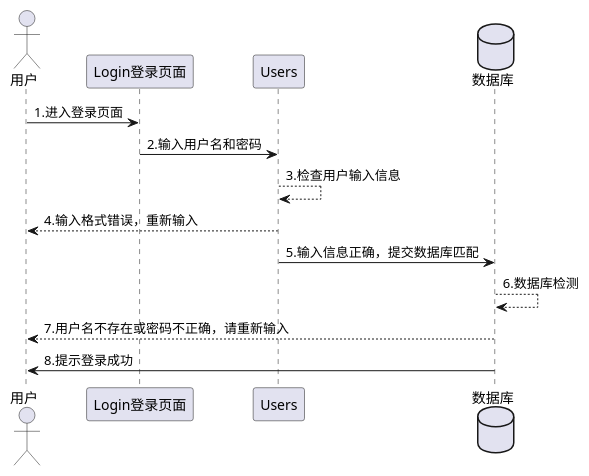
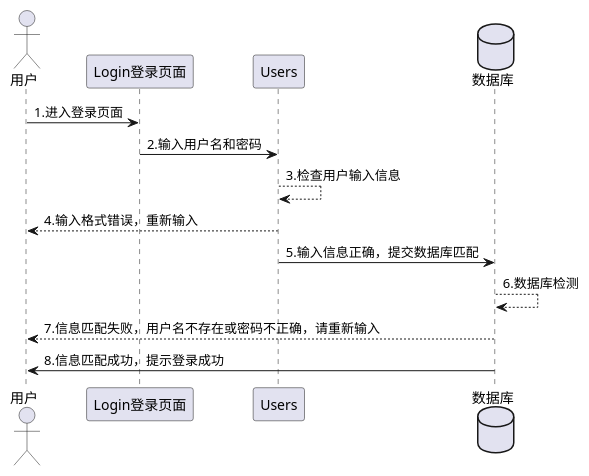
Before and after one commit to zqiheng/is_analysis: the diagram in test6/时序图/登录时序图.puml, drawn with PlantUML. The commit also changed 27 other files, not shown here.

```diff
--- a/test6/时序图/登录时序图.puml
+++ b/test6/时序图/登录时序图.puml
@@ -1,18 +1,18 @@
 @startuml
 
 actor 用户 as user
 participant Login登录页面 as l
 participant Users as u
 database 数据库 as db
 
 user -> l: 1.进入登录页面
 l -> u: 2.输入用户名和密码
 u --> u: 3.检查用户输入信息
 u -->user: 4.输入格式错误，重新输入
 u -> db: 5.输入信息正确，提交数据库匹配
 db --> db: 6.数据库检测
-db --> user: 7.用户名不存在或密码不正确，请重新输入
-db -> user: 8.提示登录成功
+db --> user: 7.信息匹配失败，用户名不存在或密码不正确，请重新输入
+db -> user: 8.信息匹配成功，提示登录成功
 
 
 @enduml
```
